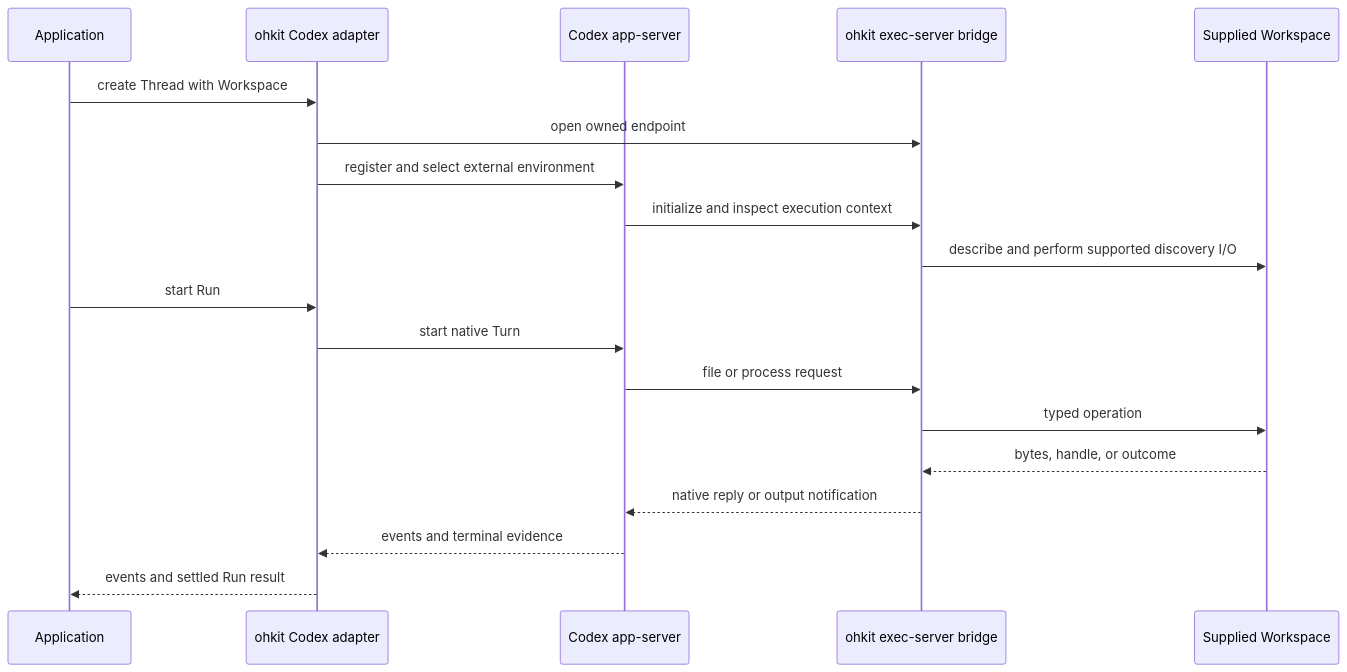
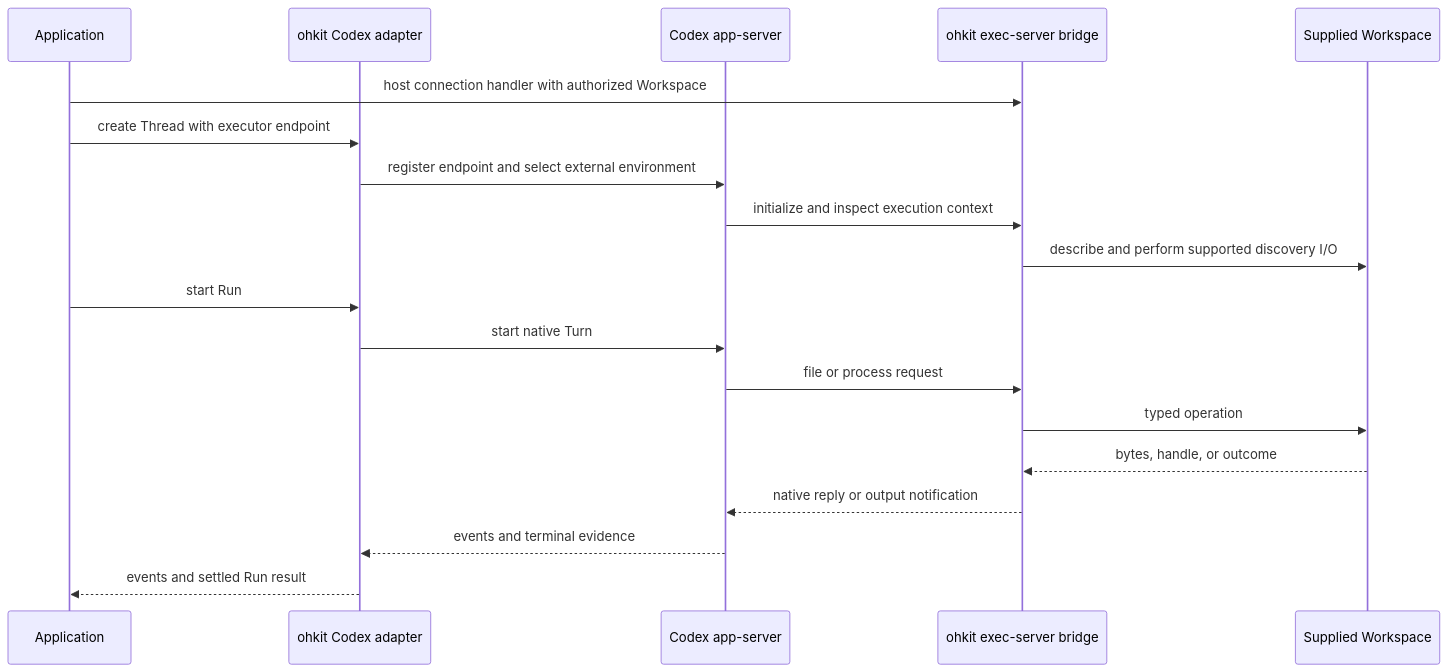
The diagram in spec/backends/01-codex.md (Wh1isper/ohkit), drawn with Mermaid before and after one commit. The commit also changed other lines of this file and 23 other files, not shown here.

````diff
--- a/spec/backends/01-codex.md
+++ b/spec/backends/01-codex.md
@@ -7,21 +7,21 @@
 ```mermaid
 sequenceDiagram
     participant App as Application
     participant Adapter as ohkit Codex adapter
     participant Codex as Codex app-server
     participant Bridge as ohkit exec-server bridge
     participant Workspace as Supplied Workspace
-    App->>Adapter: create Thread with Workspace
-    Adapter->>Bridge: open owned endpoint
-    Adapter->>Codex: register and select external environment
+    App->>Bridge: host connection handler with authorized Workspace
+    App->>Adapter: create Thread with executor endpoint
+    Adapter->>Codex: register endpoint and select external environment
     Codex->>Bridge: initialize and inspect execution context
     Bridge->>Workspace: describe and perform supported discovery I/O
     App->>Adapter: start Run
     Adapter->>Codex: start native Turn
     Codex->>Bridge: file or process request
     Bridge->>Workspace: typed operation
     Workspace-->>Bridge: bytes, handle, or outcome
     Bridge-->>Codex: native reply or output notification
     Codex-->>Adapter: events and terminal evidence
     Adapter-->>App: events and settled Run result
 ```
````
